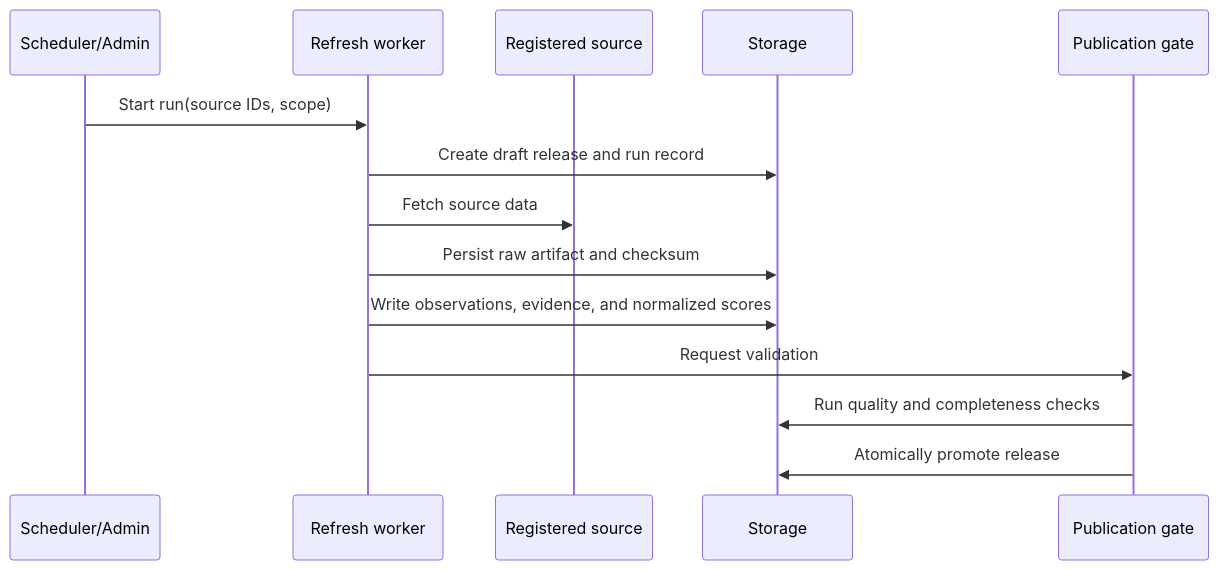
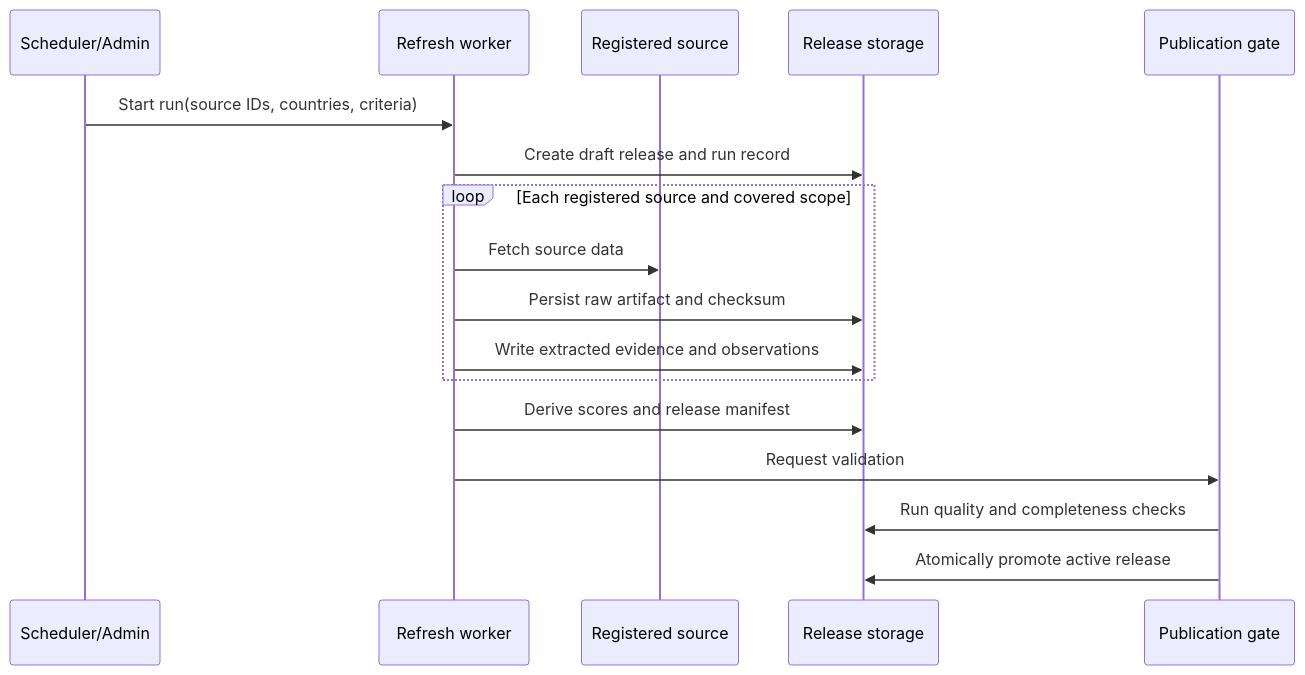
The second of 3 diagrams in docs/architecture.md (kapil-malik/Konsider), drawn with Mermaid before and after one commit. The commit also changed other lines of this file and 103 other files, not shown here.

Commit message:
Add worker-first real data release

````diff
--- a/docs/architecture.md
+++ b/docs/architecture.md
@@ -183,17 +227,20 @@
 ```mermaid
 sequenceDiagram
     participant Trigger as Scheduler/Admin
     participant Worker as Refresh worker
     participant Source as Registered source
-    participant Store as Storage
+    participant Store as Release storage
     participant Gate as Publication gate
 
-    Trigger->>Worker: Start run(source IDs, scope)
+    Trigger->>Worker: Start run(source IDs, countries, criteria)
     Worker->>Store: Create draft release and run record
-    Worker->>Source: Fetch source data
-    Worker->>Store: Persist raw artifact and checksum
-    Worker->>Store: Write observations, evidence, and normalized scores
+    loop Each registered source and covered scope
+        Worker->>Source: Fetch source data
+        Worker->>Store: Persist raw artifact and checksum
+        Worker->>Store: Write extracted evidence and observations
+    end
+    Worker->>Store: Derive scores and release manifest
     Worker->>Gate: Request validation
     Gate->>Store: Run quality and completeness checks
-    Gate->>Store: Atomically promote release
+    Gate->>Store: Atomically promote active release
 ```
````
